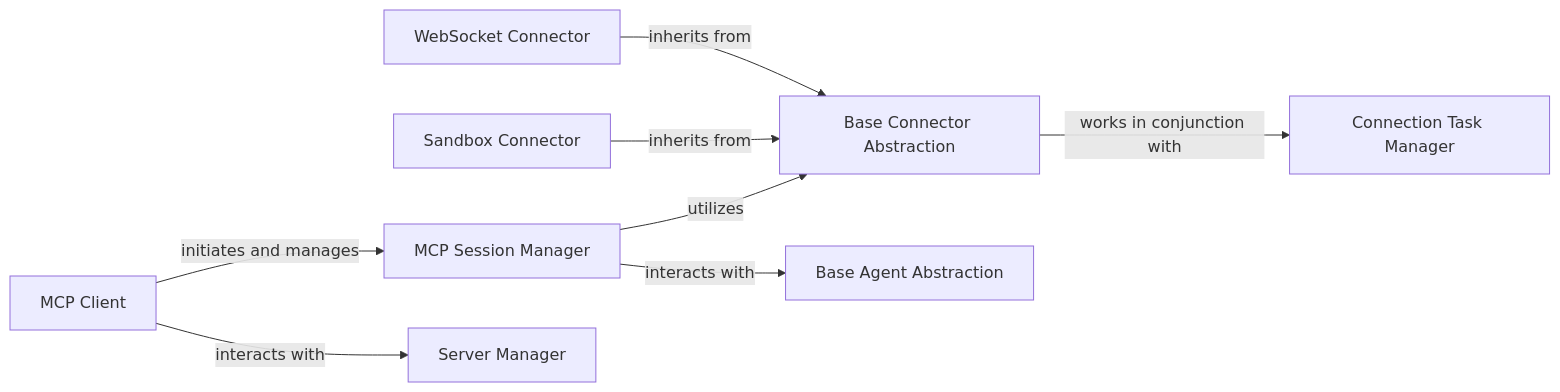
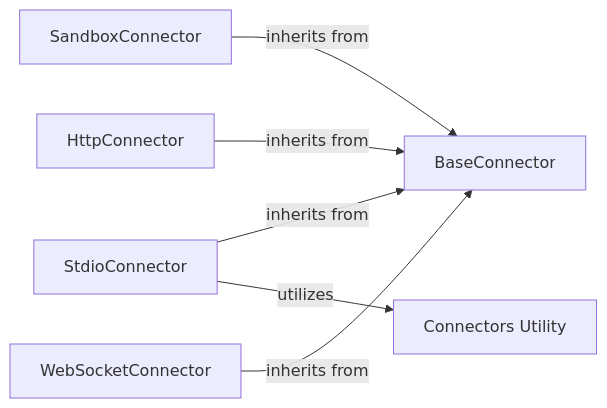
One commit to mcp-use/mcp-use changed the fifth of 7 diagrams in docs/development/architecture.mdx. Above: the diagram before and after it, drawn with Mermaid. The commit also changed other lines of this file and 19 other files, not shown here.

First line of the commit message:
docs: update codeboarding documentation and generate architecture

````diff
--- a/docs/development/architecture.mdx
+++ b/docs/development/architecture.mdx
@@ -154,18 +217,14 @@
 ```mermaid
 graph LR
-    MCP_Client["MCP Client"]
-    MCP_Session_Manager["MCP Session Manager"]
-    Base_Connector_Abstraction["Base Connector Abstraction"]
-    Sandbox_Connector["Sandbox Connector"]
-    WebSocket_Connector["WebSocket Connector"]
-    Connection_Task_Manager["Connection Task Manager"]
-    Server_Manager["Server Manager"]
-    Base_Agent_Abstraction["Base Agent Abstraction"]
-    MCP_Client -- "initiates and manages" --> MCP_Session_Manager
-    MCP_Client -- "interacts with" --> Server_Manager
-    MCP_Session_Manager -- "utilizes" --> Base_Connector_Abstraction
-    MCP_Session_Manager -- "interacts with" --> Base_Agent_Abstraction
-    Sandbox_Connector -- "inherits from" --> Base_Connector_Abstraction
-    WebSocket_Connector -- "inherits from" --> Base_Connector_Abstraction
-    Base_Connector_Abstraction -- "works in conjunction with" --> Connection_Task_Manager
+    BaseConnector["BaseConnector"]
+    SandboxConnector["SandboxConnector"]
+    StdioConnector["StdioConnector"]
+    HttpConnector["HttpConnector"]
+    WebSocketConnector["WebSocketConnector"]
+    Connectors_Utility["Connectors Utility"]
+    SandboxConnector -- "inherits from" --> BaseConnector
+    StdioConnector -- "inherits from" --> BaseConnector
+    HttpConnector -- "inherits from" --> BaseConnector
+    WebSocketConnector -- "inherits from" --> BaseConnector
+    StdioConnector -- "utilizes" --> Connectors_Utility
 ```
````
